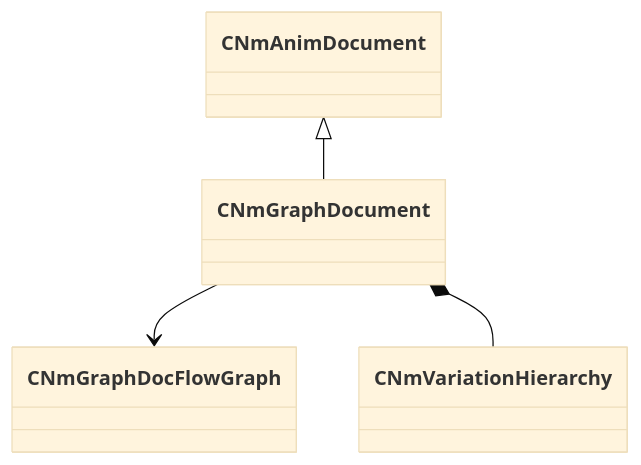
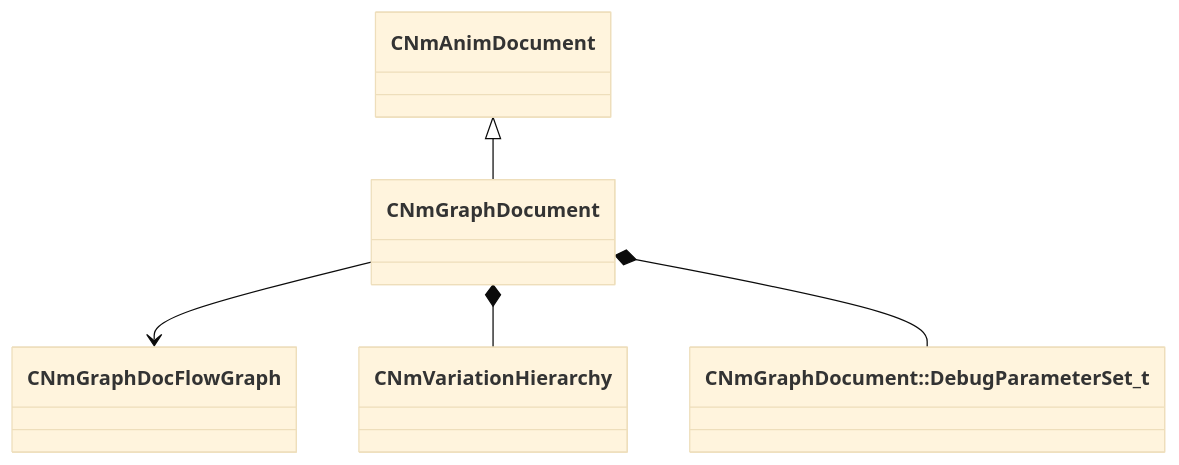
One commit to CS2OpenDev/CS2OpenDev-Docs changed the diagram in docs/generated/schemas/animdoclib/CNmGraphDocument.md. Above: the diagram before and after it, drawn with Mermaid (base theme). The commit also changed other lines of this file and 4525 other files, not shown here.

````diff
--- a/docs/generated/schemas/animdoclib/CNmGraphDocument.md
+++ b/docs/generated/schemas/animdoclib/CNmGraphDocument.md
@@ -17,6 +19,7 @@
 ```mermaid
 classDiagram
     CNmAnimDocument <|-- CNmGraphDocument
     CNmGraphDocument --> CNmGraphDocFlowGraph
     CNmGraphDocument *-- CNmVariationHierarchy
+    CNmGraphDocument *-- `CNmGraphDocument::DebugParameterSet_t`
 ```
````
